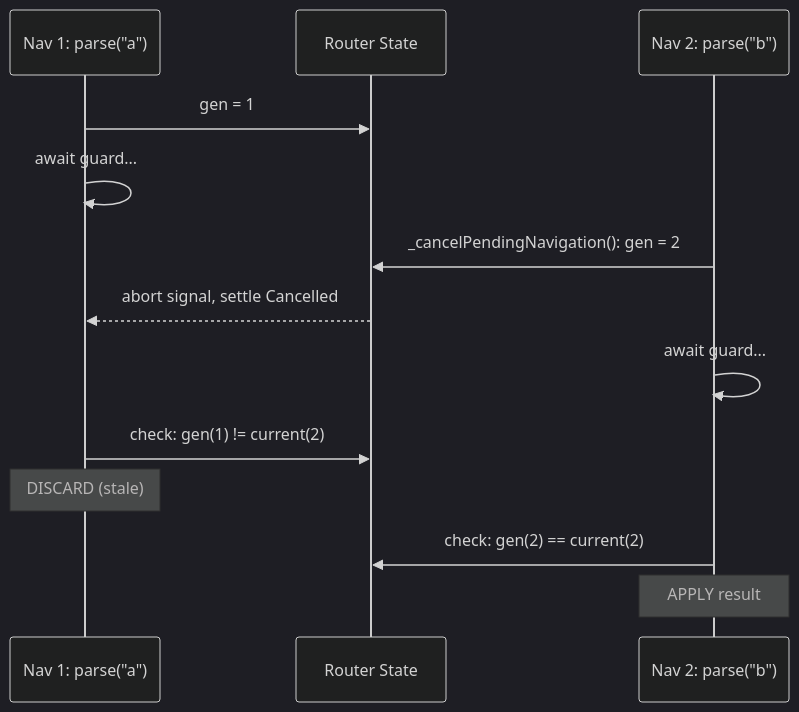
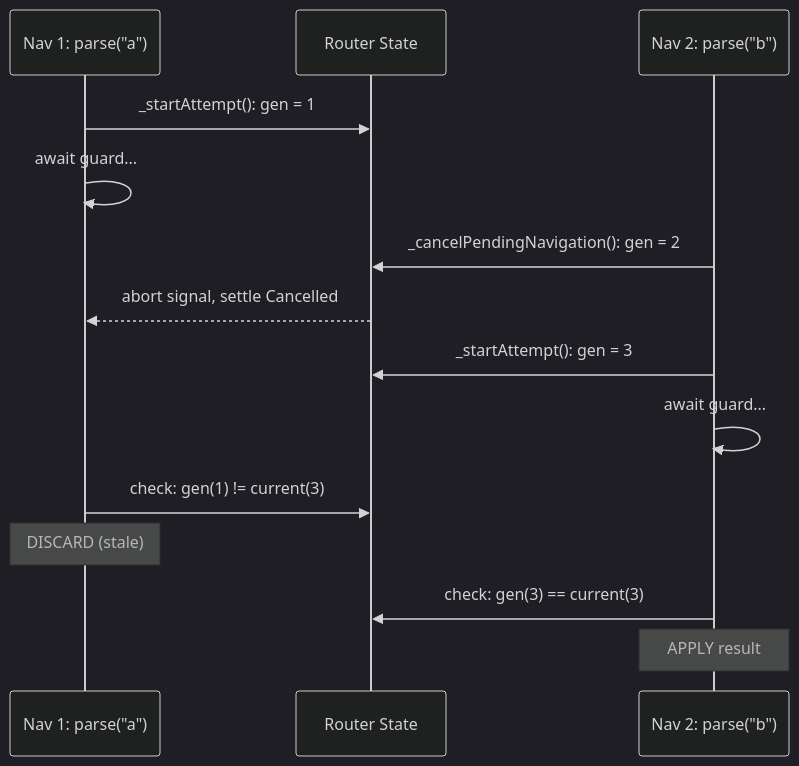
The third of 4 diagrams in docs/reference/architecture.md (wridgeu/ui5-lib-guard-router), drawn with Mermaid (dark theme) before and after one commit. The commit also changed other lines of this file and 18 other files, not shown here.

````diff
--- a/docs/reference/architecture.md
+++ b/docs/reference/architecture.md
@@ -441,16 +478,17 @@
 ```mermaid
 sequenceDiagram
     participant Nav1 as Nav 1: parse("a")
     participant Router as Router State
     participant Nav2 as Nav 2: parse("b")
 
-    Nav1->>Router: gen = 1
+    Nav1->>Router: _startAttempt(): gen = 1
     Nav1->>Nav1: await guard...
     Nav2->>Router: _cancelPendingNavigation(): gen = 2
     Router-->>Nav1: abort signal, settle Cancelled
+    Nav2->>Router: _startAttempt(): gen = 3
     Nav2->>Nav2: await guard...
-    Nav1->>Router: check: gen(1) != current(2)
+    Nav1->>Router: check: gen(1) != current(3)
     Note over Nav1: DISCARD (stale)
-    Nav2->>Router: check: gen(2) == current(2)
+    Nav2->>Router: check: gen(3) == current(3)
     Note over Nav2: APPLY result
 ```
````
